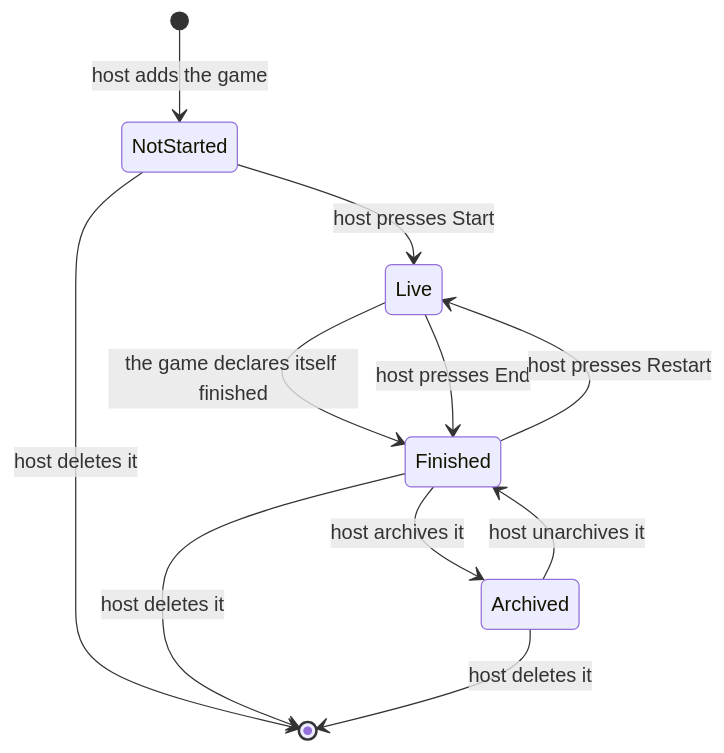
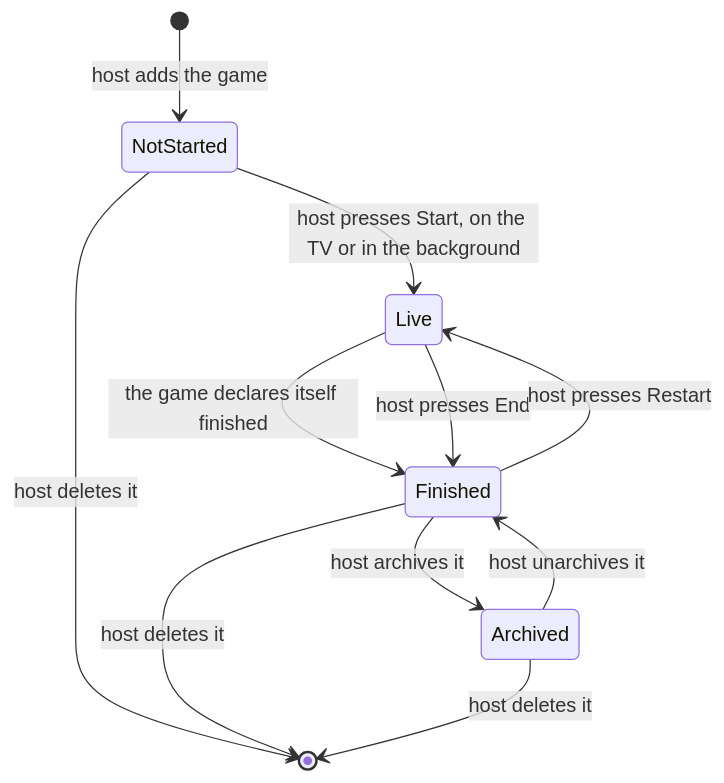
One commit to NicolaiLassen/hurra changed diagram 12 of 14 in docs/user-flows.md. Above: the diagram before and after it, drawn with Mermaid. The commit also changed other lines of this file and 36 other files, not shown here.

````diff
--- a/docs/user-flows.md
+++ b/docs/user-flows.md
@@ -349,13 +450,13 @@
 ```mermaid
 stateDiagram-v2
   [*] --> NotStarted: host adds the game
-  NotStarted --> Live: host presses Start
+  NotStarted --> Live: host presses Start, on the TV or in the background
   Live --> Finished: the game declares itself finished
   Live --> Finished: host presses End
   Finished --> Live: host presses Restart
   Finished --> Archived: host archives it
   Archived --> Finished: host unarchives it
   NotStarted --> [*]: host deletes it
   Finished --> [*]: host deletes it
   Archived --> [*]: host deletes it
 ```
````
